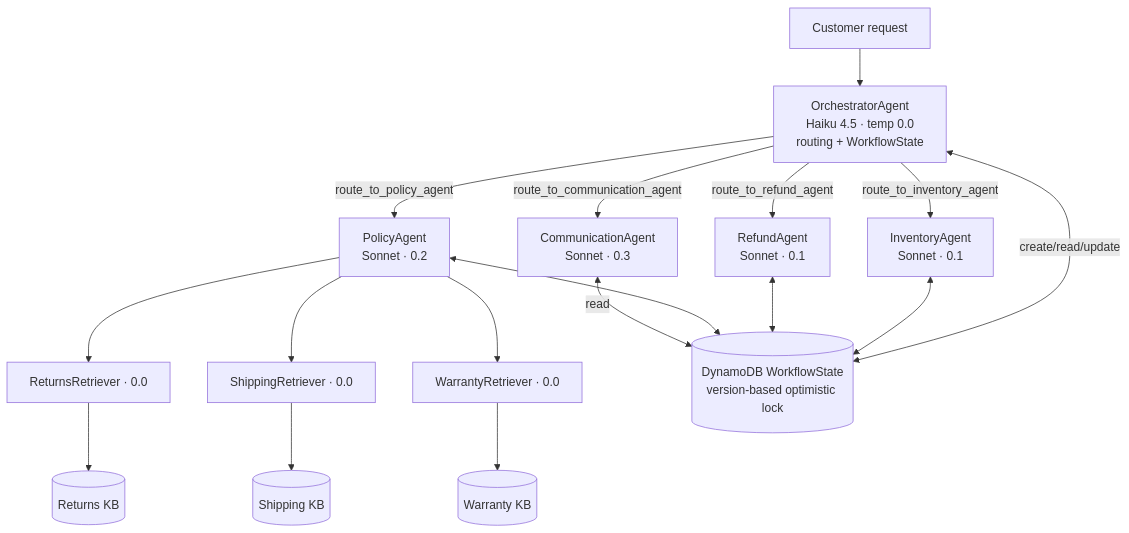
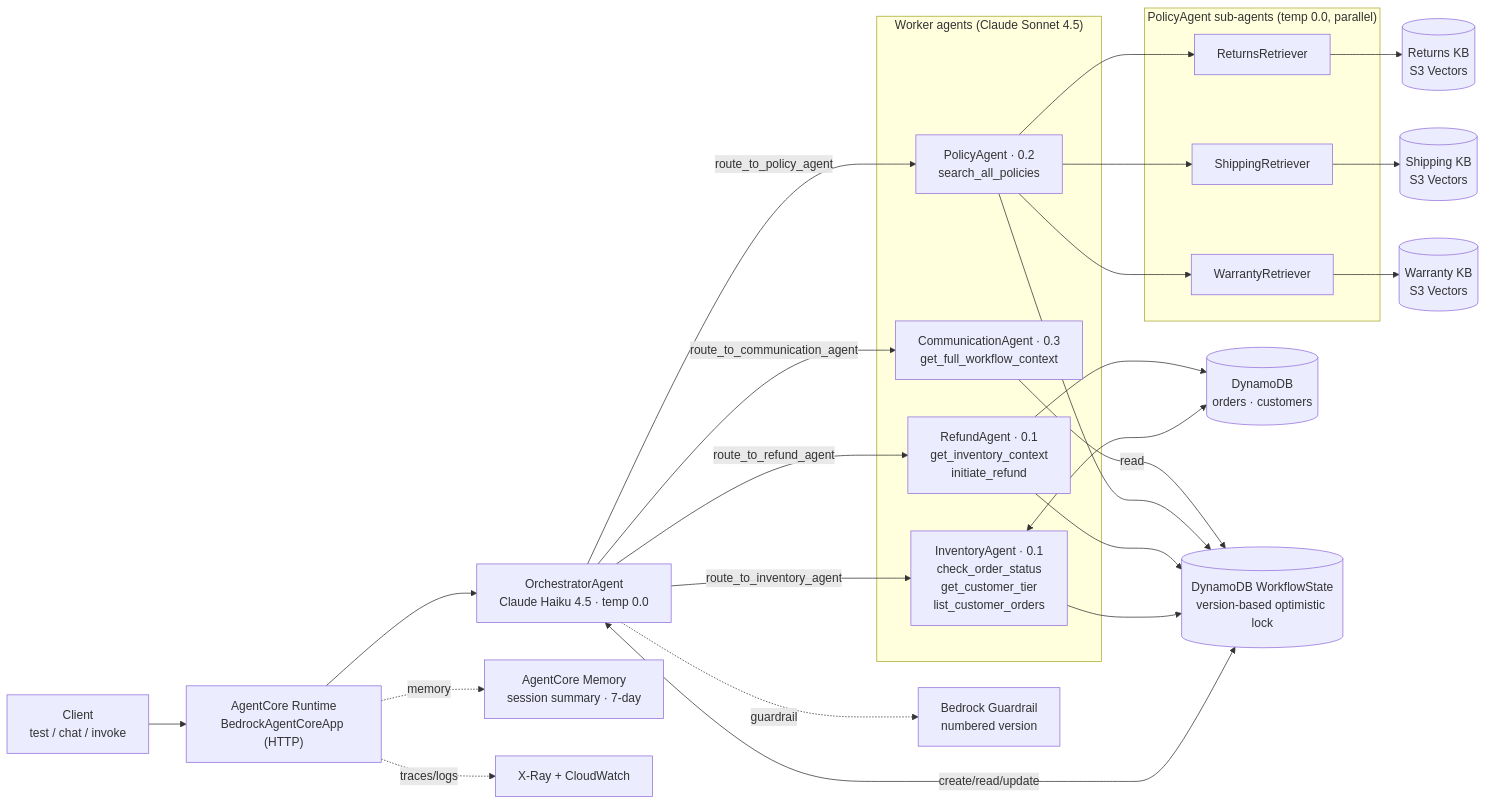
Before and after one commit to guigasque/aws-multi-agent-customer-service-system: the first of 9 diagrams in starter/docs/ARCHITECTURE.md, drawn with Mermaid. The commit also changed other lines of this file and 11 other files, not shown here.

Commit message:
docs: add project report, architecture documentation, and evidence screenshots

````diff
--- a/starter/docs/ARCHITECTURE.md
+++ b/starter/docs/ARCHITECTURE.md
@@ -5,16 +19,37 @@
 ```mermaid
-graph TD
-    C[Customer request] --> O["OrchestratorAgent<br/>Haiku 4.5 · temp 0.0<br/>routing + WorkflowState"]
-    O -->|route_to_inventory_agent| I["InventoryAgent<br/>Sonnet · 0.1"]
-    O -->|route_to_refund_agent| R["RefundAgent<br/>Sonnet · 0.1"]
-    O -->|route_to_policy_agent| P["PolicyAgent<br/>Sonnet · 0.2"]
-    O -->|route_to_communication_agent| M["CommunicationAgent<br/>Sonnet · 0.3"]
-    P --> PR["ReturnsRetriever · 0.0"] --> KBR[(Returns KB)]
-    P --> PS["ShippingRetriever · 0.0"] --> KBS[(Shipping KB)]
-    P --> PW["WarrantyRetriever · 0.0"] --> KBW[(Warranty KB)]
-    O <-->|create/read/update| WS[(DynamoDB WorkflowState<br/>version-based optimistic lock)]
-    I <--> WS
-    R <--> WS
-    P <--> WS
-    M <-->|read| WS
+flowchart LR
+    client["Client<br/>test / chat / invoke"] --> rt["AgentCore Runtime<br/>BedrockAgentCoreApp (HTTP)"]
+    rt --> orch["OrchestratorAgent<br/>Claude Haiku 4.5 · temp 0.0"]
+
+    subgraph workers["Worker agents (Claude Sonnet 4.5)"]
+        inv["InventoryAgent · 0.1<br/>check_order_status<br/>get_customer_tier<br/>list_customer_orders"]
+        ref["RefundAgent · 0.1<br/>get_inventory_context<br/>initiate_refund"]
+        pol["PolicyAgent · 0.2<br/>search_all_policies"]
+        com["CommunicationAgent · 0.3<br/>get_full_workflow_context"]
+    end
+    orch -->|route_to_inventory_agent| inv
+    orch -->|route_to_refund_agent| ref
+    orch -->|route_to_policy_agent| pol
+    orch -->|route_to_communication_agent| com
+
+    subgraph retr["PolicyAgent sub-agents (temp 0.0, parallel)"]
+        rr["ReturnsRetriever"]
+        sr["ShippingRetriever"]
+        wr["WarrantyRetriever"]
+    end
+    pol --> rr --> kbr[("Returns KB<br/>S3 Vectors")]
+    pol --> sr --> kbs[("Shipping KB<br/>S3 Vectors")]
+    pol --> wr --> kbw[("Warranty KB<br/>S3 Vectors")]
+
+    inv <--> ddb[("DynamoDB<br/>orders · customers")]
+    ref --> ddb
+    orch <-->|create/read/update| ws[("DynamoDB WorkflowState<br/>version-based optimistic lock")]
+    inv --> ws
+    ref --> ws
+    pol --> ws
+    com -->|read| ws
+
+    orch -. guardrail .-> gr["Bedrock Guardrail<br/>numbered version"]
+    rt -. memory .-> mem["AgentCore Memory<br/>session summary · 7-day"]
+    rt -. traces/logs .-> obs["X-Ray + CloudWatch"]
 ```
````
